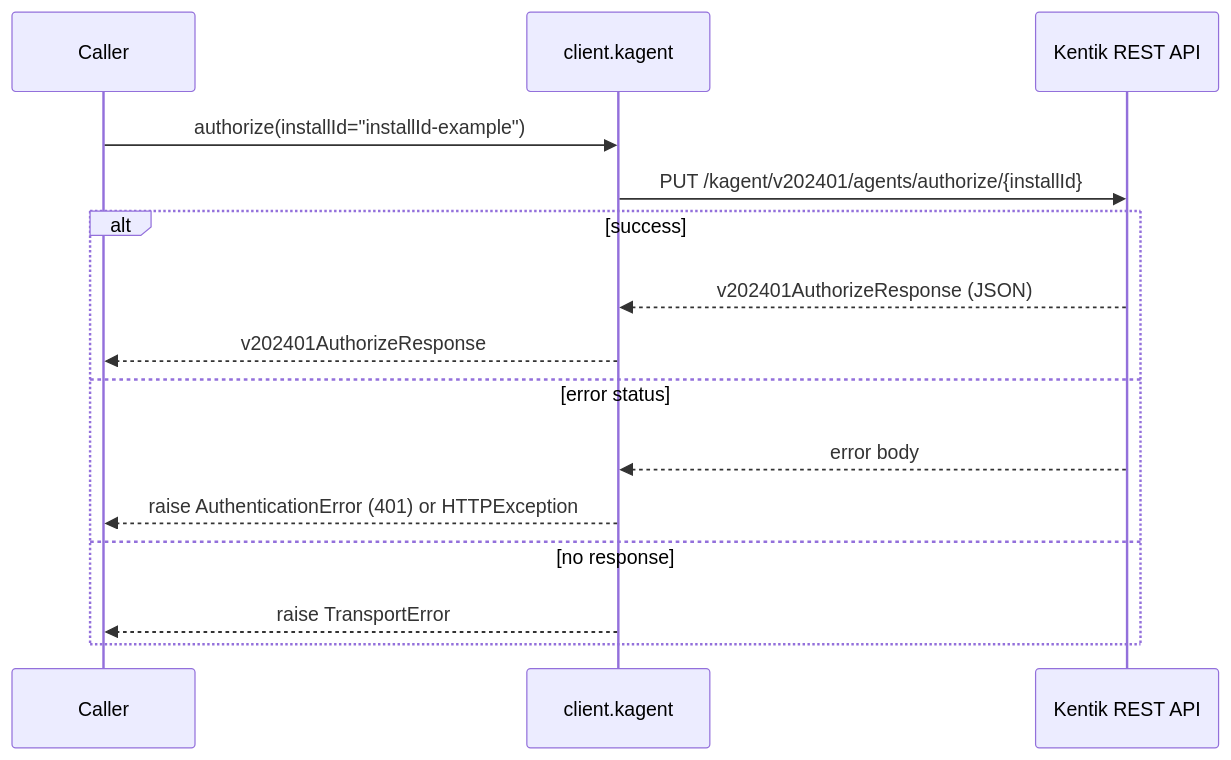
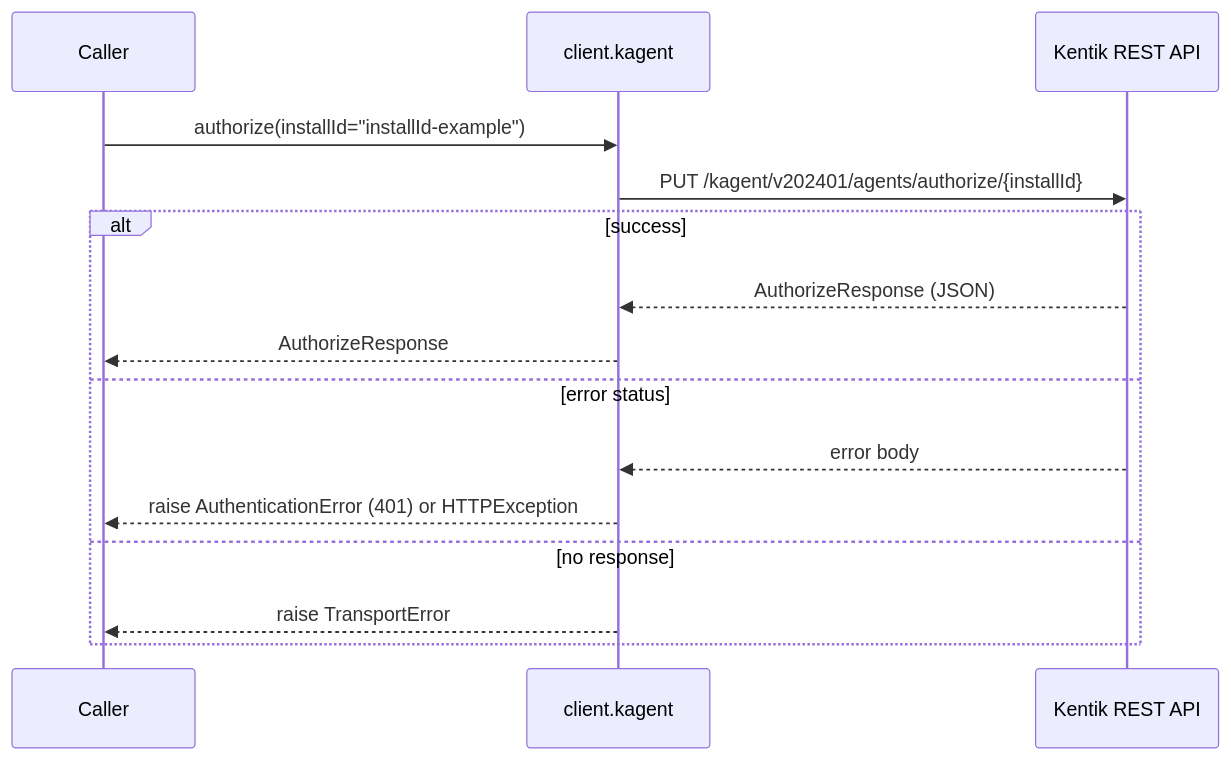
Before and after one commit to alexdearaujo/community_sdk_python: the sixth of 58 diagrams in docs/sphinx/services/kagent.md, drawn with Mermaid. The commit also changed other lines of this file and 38 other files, not shown here.

````diff
--- a/docs/sphinx/services/kagent.md
+++ b/docs/sphinx/services/kagent.md
@@ -193,18 +193,18 @@
 ```mermaid
 sequenceDiagram
     participant C as Caller
     participant W as client.kagent
     participant API as Kentik REST API
 
     C->>W: authorize(installId="installId-example")
     W->>API: PUT /kagent/v202401/agents/authorize/{installId}
     alt success
-        API-->>W: v202401AuthorizeResponse (JSON)
-        W-->>C: v202401AuthorizeResponse
+        API-->>W: AuthorizeResponse (JSON)
+        W-->>C: AuthorizeResponse
     else error status
         API-->>W: error body
         W-->>C: raise AuthenticationError (401) or HTTPException
     else no response
         W-->>C: raise TransportError
     end
 ```
````
